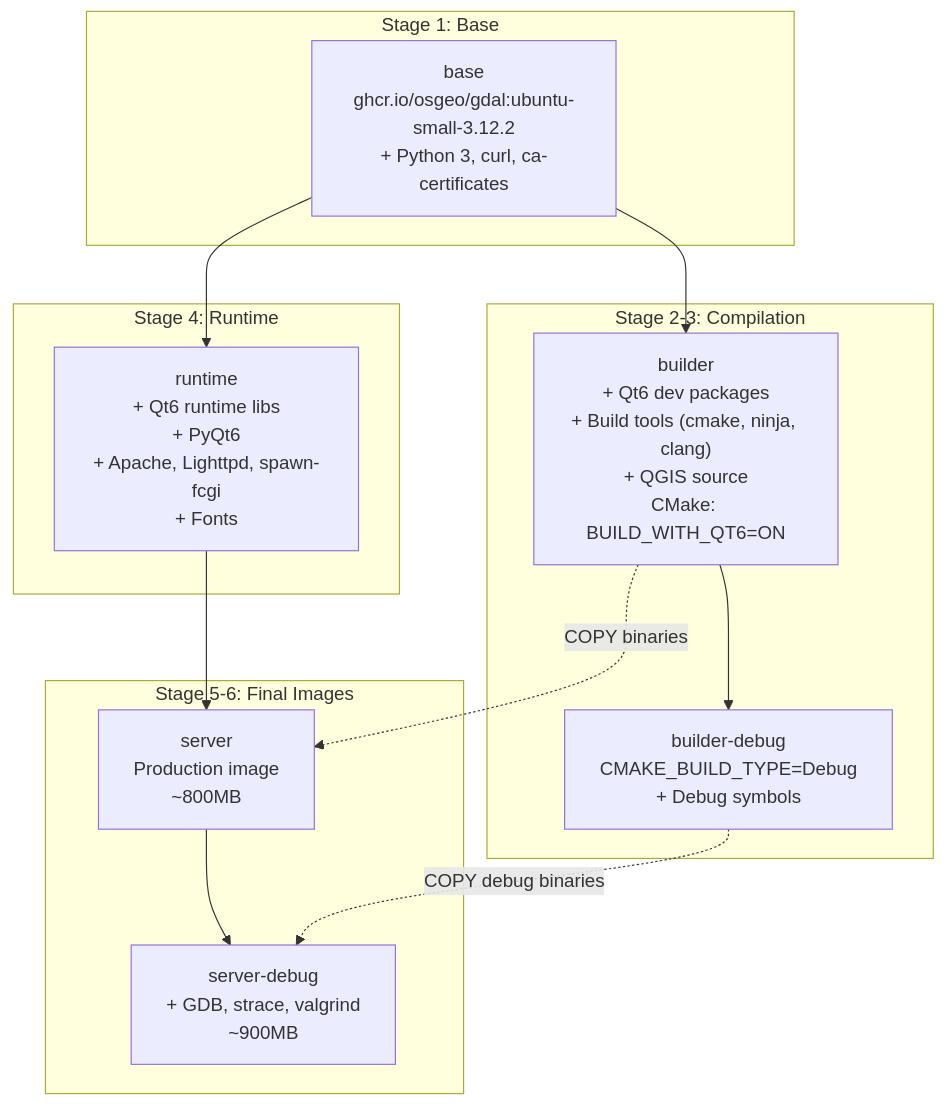
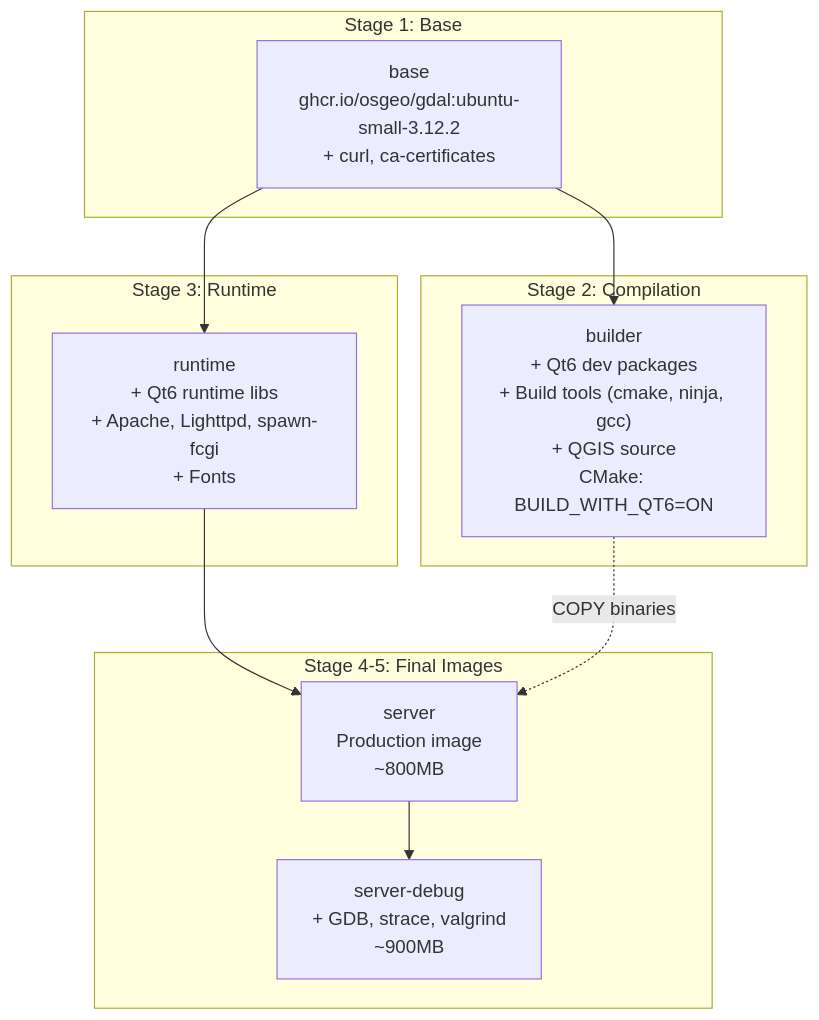
Before and after one commit to walkthru-earth/qgis-server: the second of 7 diagrams in ARCHITECTURE.md, drawn with Mermaid. The commit also changed other lines of this file and 1 other file, not shown here.

Commit message:
Fix stale references in docs to match actual build pipeline
- Remove non-existent builder-debug stage from architecture diagram (5 stages, not 6)
- Fix build tool reference: gcc not clang
- Update cache reference: registry cache not GHA cache
- Remove debug image tags from README (not built in CI)
- Add multi-arch label to image table

````diff
--- a/ARCHITECTURE.md
+++ b/ARCHITECTURE.md
@@ -78,30 +78,26 @@
 ```mermaid
 flowchart TB
     subgraph "Stage 1: Base"
-        BASE["base<br/>ghcr.io/osgeo/gdal:ubuntu-small-3.12.2<br/>+ Python 3, curl, ca-certificates"]
+        BASE["base<br/>ghcr.io/osgeo/gdal:ubuntu-small-3.12.2<br/>+ curl, ca-certificates"]
     end
 
-    subgraph "Stage 2-3: Compilation"
-        BUILDER["builder<br/>+ Qt6 dev packages<br/>+ Build tools (cmake, ninja, clang)<br/>+ QGIS source<br/>CMake: BUILD_WITH_QT6=ON"]
-
-        BUILDER_DEBUG["builder-debug<br/>CMAKE_BUILD_TYPE=Debug<br/>+ Debug symbols"]
+    subgraph "Stage 2: Compilation"
+        BUILDER["builder<br/>+ Qt6 dev packages<br/>+ Build tools (cmake, ninja, gcc)<br/>+ QGIS source<br/>CMake: BUILD_WITH_QT6=ON"]
     end
 
-    subgraph "Stage 4: Runtime"
-        RUNTIME["runtime<br/>+ Qt6 runtime libs<br/>+ PyQt6<br/>+ Apache, Lighttpd, spawn-fcgi<br/>+ Fonts"]
+    subgraph "Stage 3: Runtime"
+        RUNTIME["runtime<br/>+ Qt6 runtime libs<br/>+ Apache, Lighttpd, spawn-fcgi<br/>+ Fonts"]
     end
 
-    subgraph "Stage 5-6: Final Images"
+    subgraph "Stage 4-5: Final Images"
         SERVER["server<br/>Production image<br/>~800MB"]
         DEBUG["server-debug<br/>+ GDB, strace, valgrind<br/>~900MB"]
     end
 
     BASE --> BUILDER
-    BUILDER --> BUILDER_DEBUG
     BASE --> RUNTIME
     RUNTIME --> SERVER
     SERVER --> DEBUG
 
     BUILDER -.->|"COPY binaries"| SERVER
-    BUILDER_DEBUG -.->|"COPY debug binaries"| DEBUG
 ```
````
